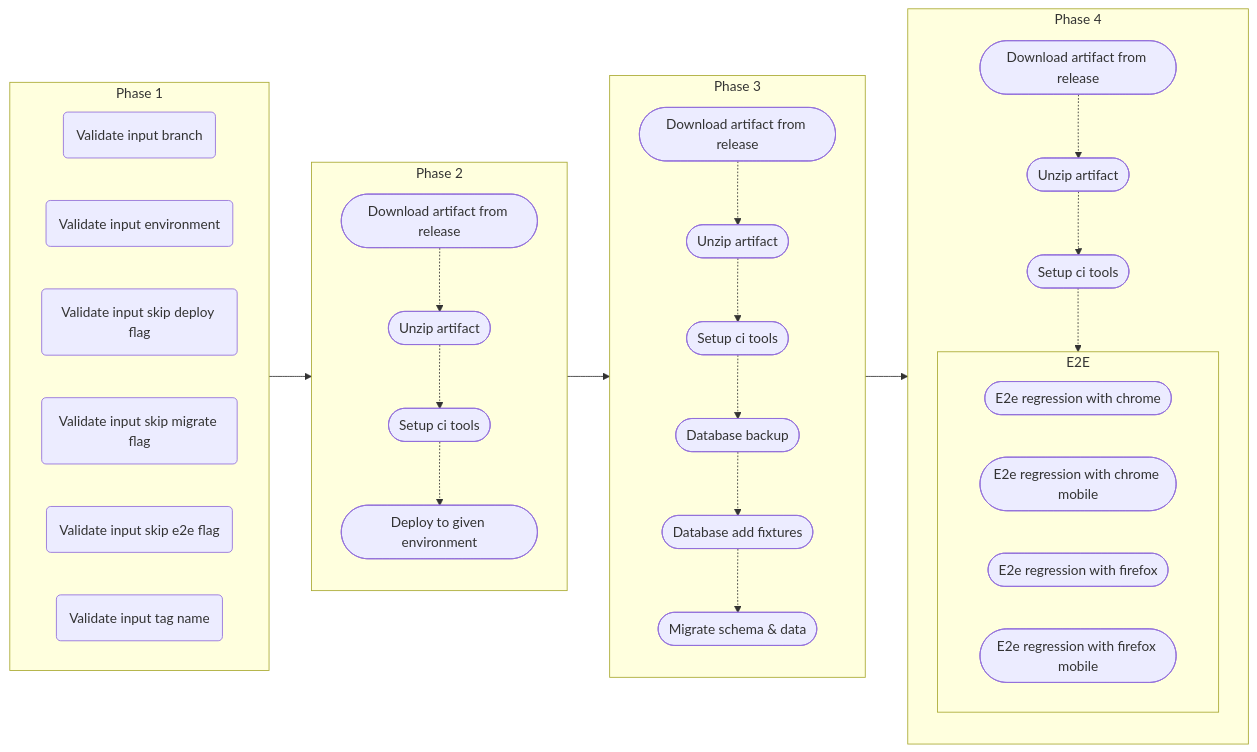
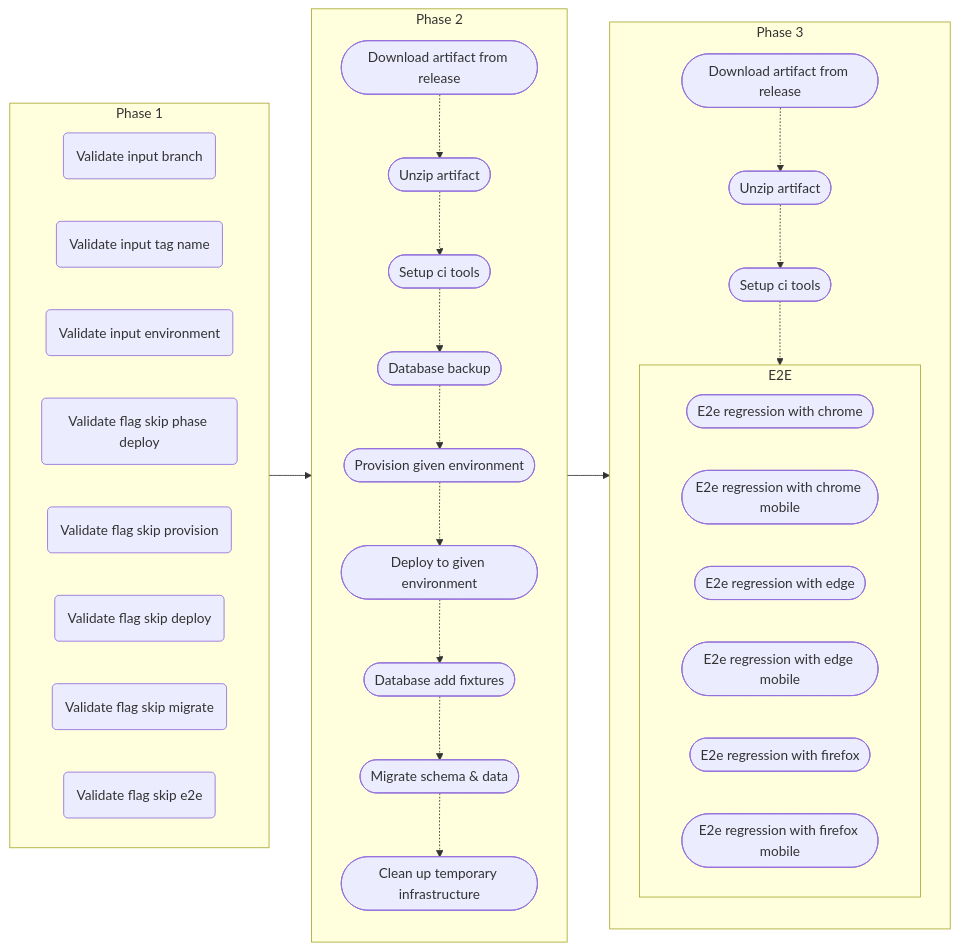
The tenth of 11 diagrams in docs/pipeline.md (gnowth/gnowth), drawn with Mermaid before and after one commit. The commit also changed other lines of this file and 8 other files, not shown here.

Commit message:
docs: pipeline to include environment, cache, release

````diff
--- a/docs/pipeline.md
+++ b/docs/pipeline.md
@@ -191,56 +238,53 @@
 ```mermaid
   flowchart LR
-    ARTIFACTUNPACK1([Unzip artifact])
-    ARTIFACTDOWNLOAD1([Download artifact from release])
     ARTIFACTUNPACK2([Unzip artifact])
+    ARTIFACTUNPACK3([Unzip artifact])
     ARTIFACTDOWNLOAD2([Download artifact from release])
-    ARTIFACTUNPACK3([Unzip artifact])
     ARTIFACTDOWNLOAD3([Download artifact from release])
+    CLEANUP([Clean up temporary infrastructure])
     DATABASEBACKUP([Database backup])
     DATABASEFIXTURE([Database add fixtures])
     DATABASEMIGRATE([Migrate schema & data])
     DEPLOY([Deploy to given environment])
-    SETUP1([Setup ci tools])
+    PROVISION([Provision given environment])
     SETUP2([Setup ci tools])
     SETUP3([Setup ci tools])
 
     subgraph PHASE1[Phase 1]
       direction LR
 
       VALIDATEBRANCH(Validate input branch)
+      VALIDATETAG(Validate input tag name)
       VALIDATEENVIRONMENT(Validate input environment)
-      VALIDATESKIPDEPLOY(Validate input skip deploy flag)
-      VALIDATESKIPMIGRATE(Validate input skip migrate flag)
-      VALIDATESKIPE2E(Validate input skip e2e flag)
-      VALIDATETAG(Validate input tag name)
+      VALIDATESKIPPHASE1(Validate flag skip phase deploy)
+      VALIDATESKIPPROVISION(Validate flag skip provision)
+      VALIDATESKIPDEPLOY(Validate flag skip deploy)
+      VALIDATESKIPMIGRATE(Validate flag skip migrate)
+      VALIDATESKIPE2E(Validate flag skip e2e)
     end
 
     subgraph PHASE2[Phase 2]
       direction TB
 
-      ARTIFACTDOWNLOAD1 -.-> ARTIFACTUNPACK1 -.-> SETUP1 -.-> DEPLOY
+      ARTIFACTDOWNLOAD2 -.-> ARTIFACTUNPACK2 -.-> SETUP2 -.-> DATABASEBACKUP -.-> PROVISION -.-> DEPLOY -.-> DATABASEFIXTURE -.-> DATABASEMIGRATE -.-> CLEANUP
     end
 
     subgraph PHASE3[Phase 3]
-      direction TB
-
-      ARTIFACTDOWNLOAD2 -.-> ARTIFACTUNPACK2 -.-> SETUP2 -.-> DATABASEBACKUP -.-> DATABASEFIXTURE -.-> DATABASEMIGRATE
-    end
-
-    subgraph PHASE4[Phase 4]
       direction TB
 
       subgraph E2E
         direction LR
 
         E2ECHROME([E2e regression with chrome])
         E2ECHROMEMOBILE([E2e regression with chrome mobile])
+        E2EEDGE([E2e regression with edge])
+        E2EEDGEMOBILE([E2e regression with edge mobile])
         E2EFIREFOX([E2e regression with firefox])
         E2EFIREFOXMOBILE([E2e regression with firefox mobile])
       end
 
       ARTIFACTDOWNLOAD3 -.-> ARTIFACTUNPACK3 -.-> SETUP3 -.-> E2E
     end
 
-    PHASE1 --> PHASE2 --> PHASE3 --> PHASE4
+    PHASE1 --> PHASE2 --> PHASE3
 ```
````
